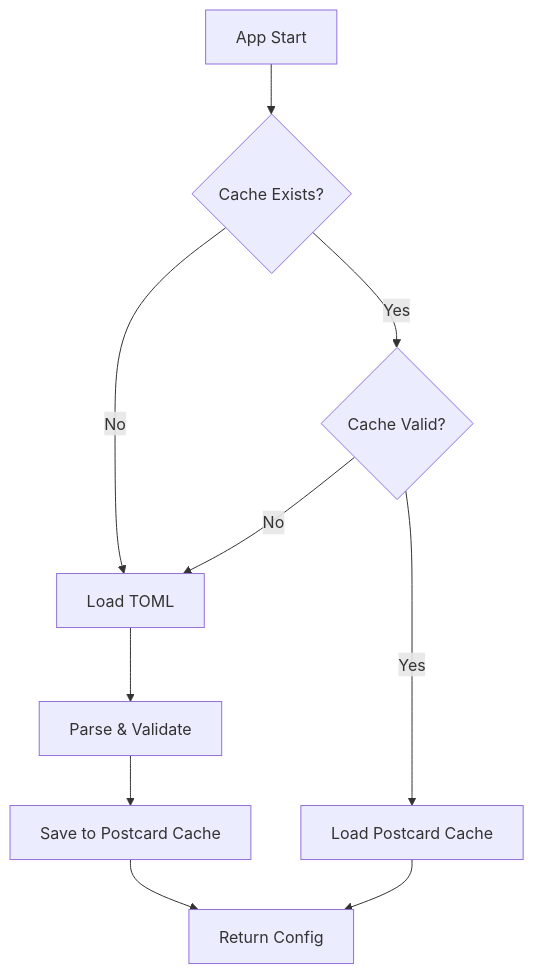
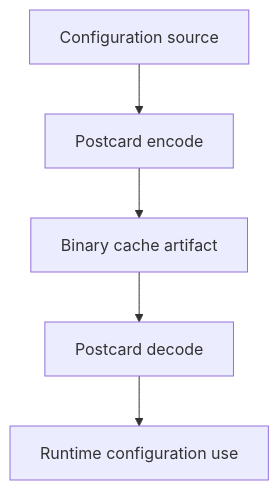
The diagram in documentation/CACHE.md (tsfarizi/antikhitera-mcp-client), drawn with Mermaid before and after one commit. The commit also changed other lines of this file and 19 other files, not shown here.

````diff
--- a/documentation/CACHE.md
+++ b/documentation/CACHE.md
@@ -26,12 +7,7 @@
 ```mermaid
-graph TD
-    A[App Start] --> B{Cache Exists?}
-    B -->|Yes| C{Cache Valid?}
-    B -->|No| D[Load TOML]
-    C -->|Yes| E[Load Postcard Cache]
-    C -->|No| D
-    D --> F[Parse & Validate]
-    F --> G[Save to Postcard Cache]
-    G --> H[Return Config]
-    E --> H
+flowchart TD
+    Source[Configuration source] --> Encode[Postcard encode]
+    Encode --> File[Binary cache artifact]
+    File --> Decode[Postcard decode]
+    Decode --> Runtime[Runtime configuration use]
 ```
````
